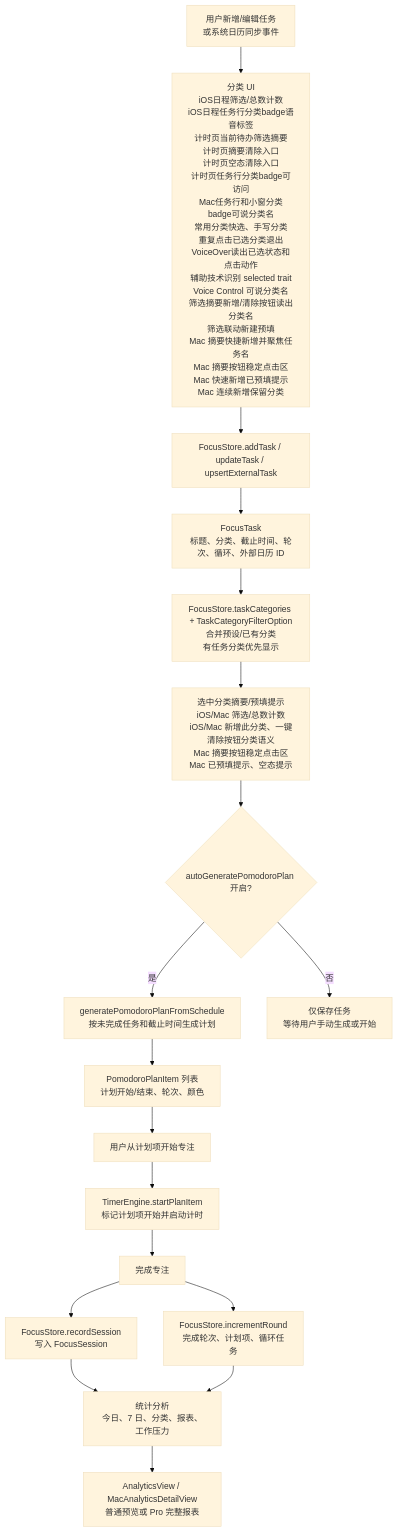
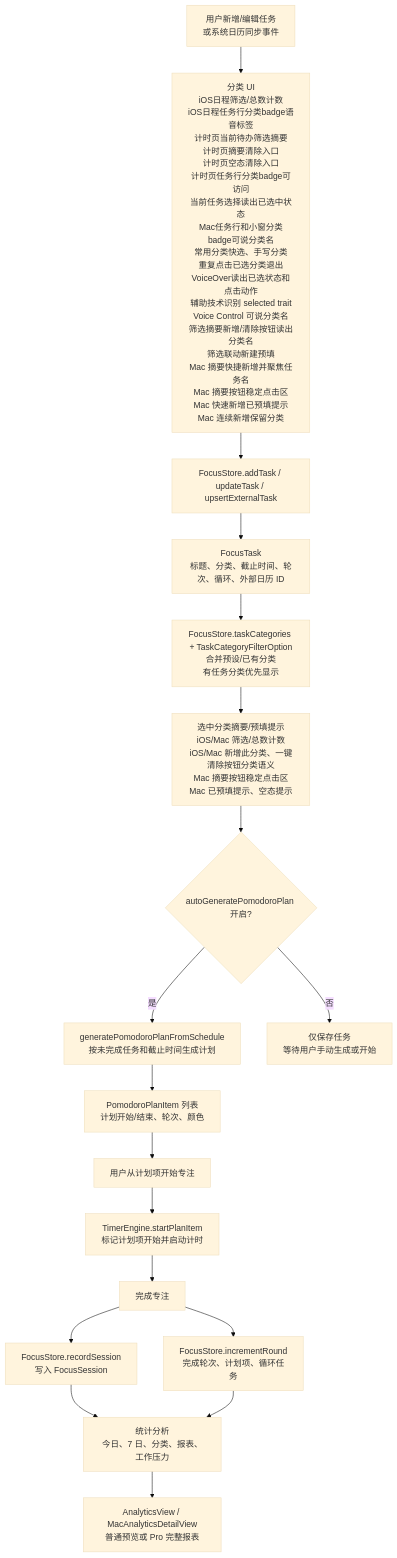
One commit to Altman-sam114/114 changed the third of 6 diagrams in md/flow/flowchart.md. Above: the diagram before and after it, drawn with Mermaid (base theme). The commit also changed other lines of this file and 9 other files, not shown here.

````diff
--- a/md/flow/flowchart.md
+++ b/md/flow/flowchart.md
@@ -63,20 +63,20 @@
 ```mermaid
 flowchart TD
-  A["用户新增/编辑任务<br/>或系统日历同步事件"] --> P0["分类 UI<br/>iOS日程筛选/总数计数<br/>iOS日程任务行分类badge语音标签<br/>计时页当前待办筛选摘要<br/>计时页摘要清除入口<br/>计时页空态清除入口<br/>计时页任务行分类badge可访问<br/>Mac任务行和小窗分类badge可说分类名<br/>常用分类快选、手写分类<br/>重复点击已选分类退出<br/>VoiceOver读出已选状态和点击动作<br/>辅助技术识别 selected trait<br/>Voice Control 可说分类名<br/>筛选摘要新增/清除按钮读出分类名<br/>筛选联动新建预填<br/>Mac 摘要快捷新增并聚焦任务名<br/>Mac 摘要按钮稳定点击区<br/>Mac 快速新增已预填提示<br/>Mac 连续新增保留分类"]
+  A["用户新增/编辑任务<br/>或系统日历同步事件"] --> P0["分类 UI<br/>iOS日程筛选/总数计数<br/>iOS日程任务行分类badge语音标签<br/>计时页当前待办筛选摘要<br/>计时页摘要清除入口<br/>计时页空态清除入口<br/>计时页任务行分类badge可访问<br/>当前任务选择读出已选中状态<br/>Mac任务行和小窗分类badge可说分类名<br/>常用分类快选、手写分类<br/>重复点击已选分类退出<br/>VoiceOver读出已选状态和点击动作<br/>辅助技术识别 selected trait<br/>Voice Control 可说分类名<br/>筛选摘要新增/清除按钮读出分类名<br/>筛选联动新建预填<br/>Mac 摘要快捷新增并聚焦任务名<br/>Mac 摘要按钮稳定点击区<br/>Mac 快速新增已预填提示<br/>Mac 连续新增保留分类"]
   P0 --> B["FocusStore.addTask / updateTask / upsertExternalTask"]
   B --> C["FocusTask<br/>标题、分类、截止时间、轮次、循环、外部日历 ID"]
   C --> C2["FocusStore.taskCategories + TaskCategoryFilterOption<br/>合并预设/已有分类<br/>有任务分类优先显示"]
   C2 --> C3["选中分类摘要/预填提示<br/>iOS/Mac 筛选/总数计数<br/>iOS/Mac 新增此分类、一键清除按钮分类语义<br/>Mac 摘要按钮稳定点击区<br/>Mac 已预填提示、空态提示"]
   C3 --> D{"autoGeneratePomodoroPlan 开启?"}
   D -->|是| E["generatePomodoroPlanFromSchedule<br/>按未完成任务和截止时间生成计划"]
   D -->|否| F["仅保存任务<br/>等待用户手动生成或开始"]
   E --> G["PomodoroPlanItem 列表<br/>计划开始/结束、轮次、颜色"]
   G --> H["用户从计划项开始专注"]
   H --> I["TimerEngine.startPlanItem<br/>标记计划项开始并启动计时"]
   I --> J["完成专注"]
   J --> K["FocusStore.incrementRound<br/>完成轮次、计划项、循环任务"]
   J --> L["FocusStore.recordSession<br/>写入 FocusSession"]
   L --> M["统计分析<br/>今日、7 日、分类、报表、工作压力"]
   K --> M
   M --> N["AnalyticsView / MacAnalyticsDetailView<br/>普通预览或 Pro 完整报表"]
 ```
````
